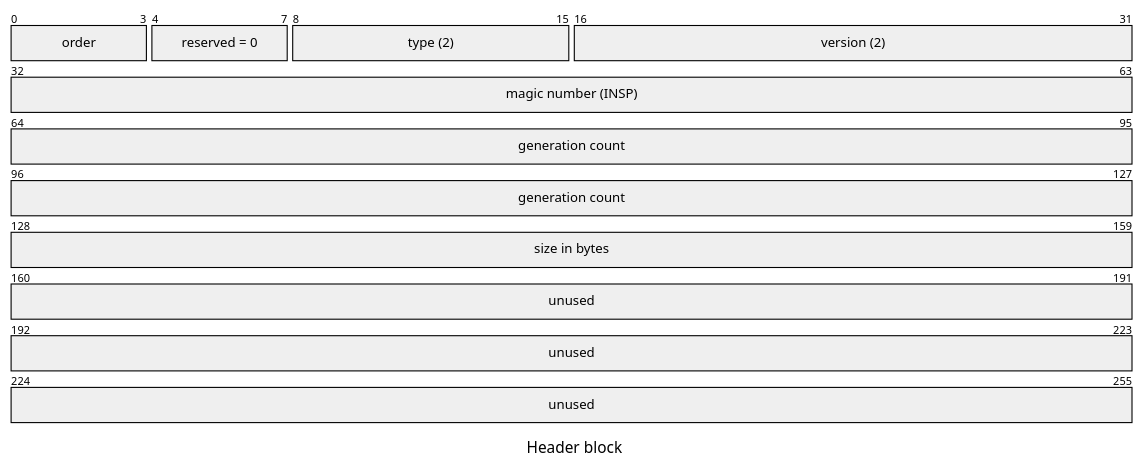
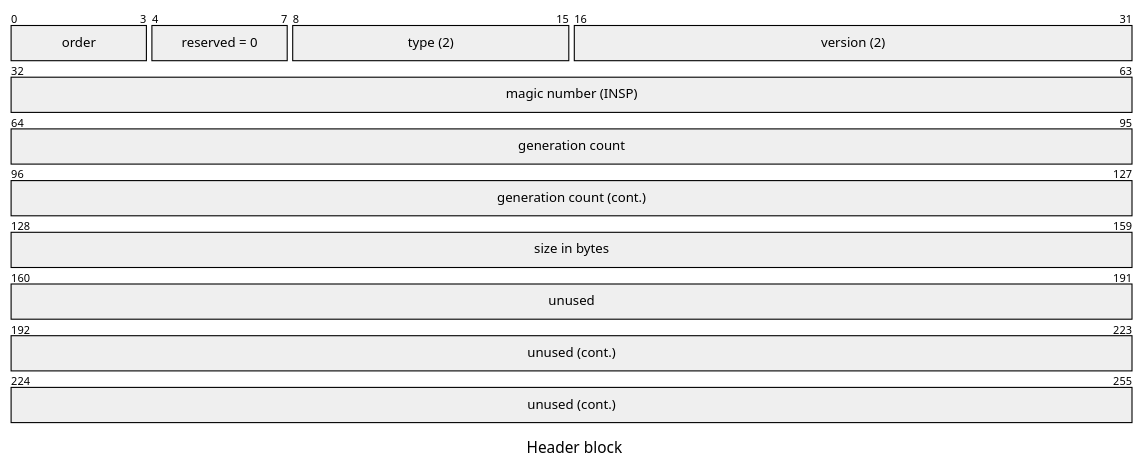
The fourth of 12 diagrams in docs/reference/platform-spec/diagnostics/inspect-vmo-format.md (misttech/mist-os), drawn with Mermaid before and after one commit. The commit also changed other lines of this file, not shown here.

````diff
--- a/docs/reference/platform-spec/diagnostics/inspect-vmo-format.md
+++ b/docs/reference/platform-spec/diagnostics/inspect-vmo-format.md
@@ -239,14 +241,16 @@
 ```mermaid
 ---
 title: "Header block"
 ---
 packet-beta
 0-3: "order"
 4-7: "reserved = 0"
 8-15: "type (2)"
 16-31: "version (2)"
 32-63: "magic number (INSP)"
-64-127: "generation count"
+64-95: "generation count"
+96-127: "generation count (cont.)"
 128-159: "size in bytes"
-160-255: "unused"
+160-191: "unused"
+192-255: "unused (cont.)"
 ```
````
